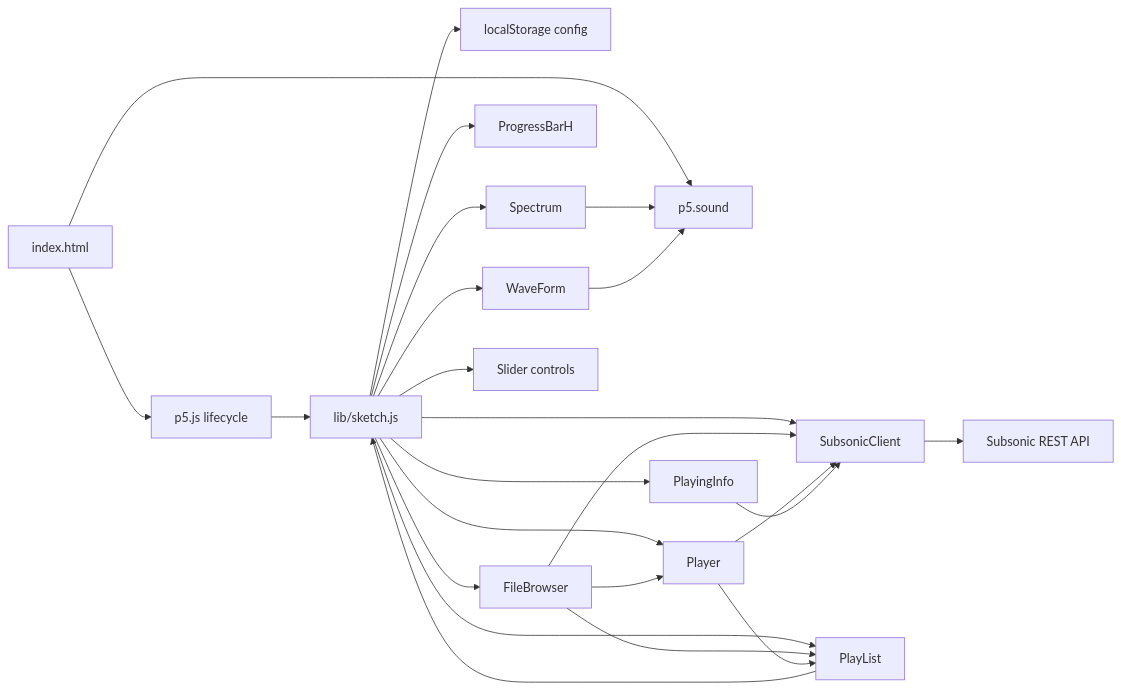
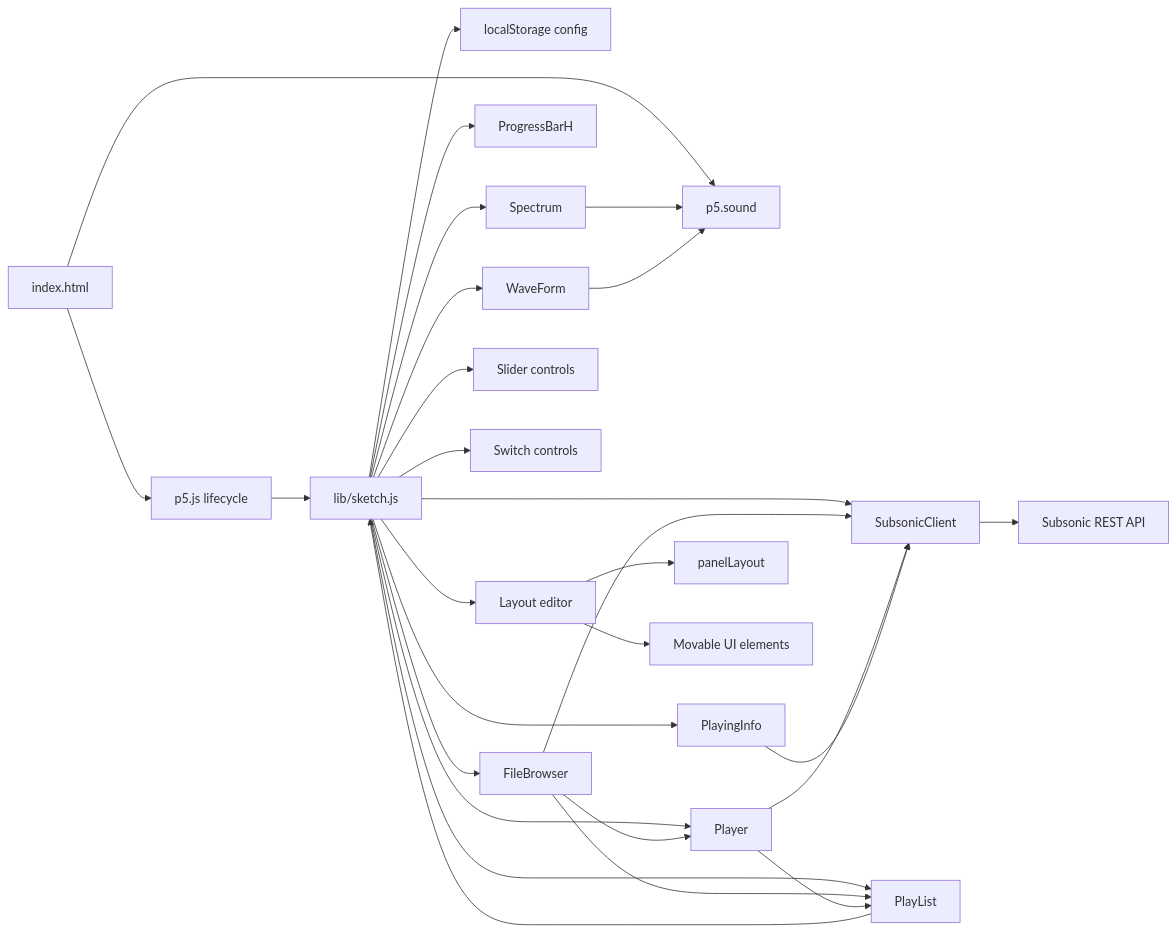
Before and after one commit to Leorivasc/neon_deck: the first of 10 diagrams in doc/diagrams.md, drawn with Mermaid. The commit also changed other lines of this file and 13 other files, not shown here.

````diff
--- a/doc/diagrams.md
+++ b/doc/diagrams.md
@@ -7,28 +7,32 @@
 ```mermaid
 flowchart LR
     HTML[index.html] --> P5[p5.js lifecycle]
     HTML --> Sound[p5.sound]
     P5 --> Sketch[lib/sketch.js]
 
     Sketch --> Config[localStorage config]
     Sketch --> Client[SubsonicClient]
     Sketch --> Browser[FileBrowser]
     Sketch --> Queue[PlayList]
     Sketch --> Info[PlayingInfo]
     Sketch --> Progress[ProgressBarH]
     Sketch --> Spectrum[Spectrum]
     Sketch --> Waveform[WaveForm]
     Sketch --> Sliders[Slider controls]
+    Sketch --> Switches[Switch controls]
+    Sketch --> Layout[Layout editor]
     Sketch --> Player[Player]
 
     Client --> Server[Subsonic REST API]
     Browser --> Client
     Browser --> Queue
     Browser --> Player
     Player --> Queue
     Player --> Client
     Queue --> Sketch
     Info --> Client
     Spectrum --> Sound
     Waveform --> Sound
+    Layout --> Panels[panelLayout]
+    Layout --> Movables[Movable UI elements]
 ```
````
